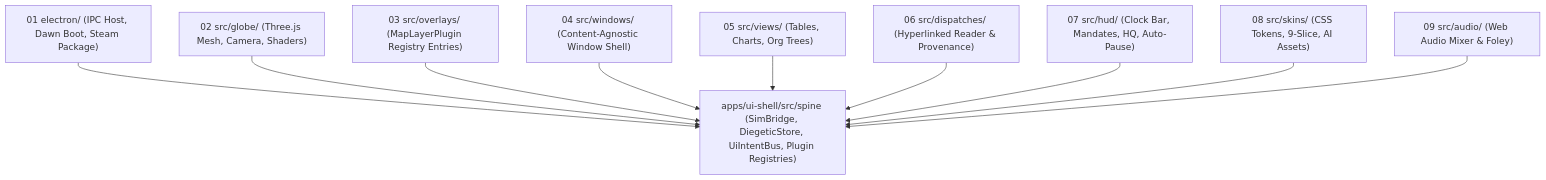
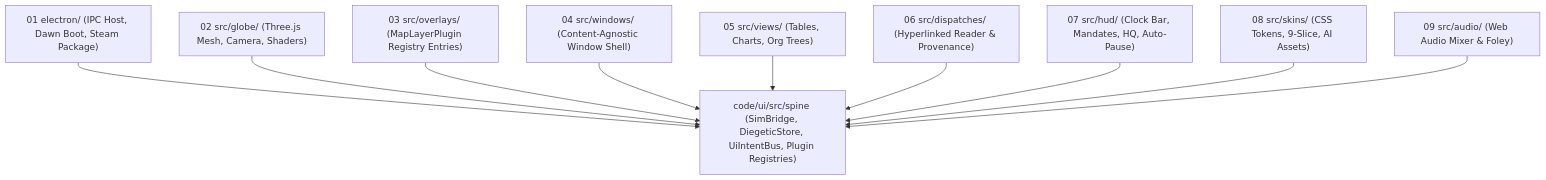
One commit to brockier/grand_strategy_v3 changed the diagram in design/ui/00_ui_spine_state_bus_and_ipc_contracts.md. Above: the diagram before and after it, drawn with Mermaid. The commit also changed other lines of this file and 26 other files, not shown here.

Commit message:
Update architecture, requirements, and design workspace path references to code/engine and code/ui

````diff
--- a/design/ui/00_ui_spine_state_bus_and_ipc_contracts.md
+++ b/design/ui/00_ui_spine_state_bus_and_ipc_contracts.md
@@ -14,13 +14,13 @@
 ```mermaid
 flowchart TD
-    SPINE["apps/ui-shell/src/spine (SimBridge, DiegeticStore, UiIntentBus, Plugin Registries)"]
+    SPINE["code/ui/src/spine (SimBridge, DiegeticStore, UiIntentBus, Plugin Registries)"]
     SHL["01 electron/ (IPC Host, Dawn Boot, Steam Package)"] --> SPINE
     GLB["02 src/globe/ (Three.js Mesh, Camera, Shaders)"] --> SPINE
     OVL["03 src/overlays/ (MapLayerPlugin Registry Entries)"] --> SPINE
     WIN["04 src/windows/ (Content-Agnostic Window Shell)"] --> SPINE
     VEW["05 src/views/ (Tables, Charts, Org Trees)"] --> SPINE
     DSP["06 src/dispatches/ (Hyperlinked Reader & Provenance)"] --> SPINE
     HUD["07 src/hud/ (Clock Bar, Mandates, HQ, Auto-Pause)"] --> SPINE
     SKN["08 src/skins/ (CSS Tokens, 9-Slice, AI Assets)"] --> SPINE
     AUD["09 src/audio/ (Web Audio Mixer & Foley)"] --> SPINE
 ```
````
